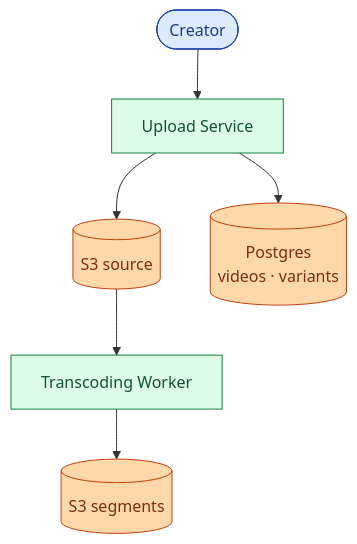
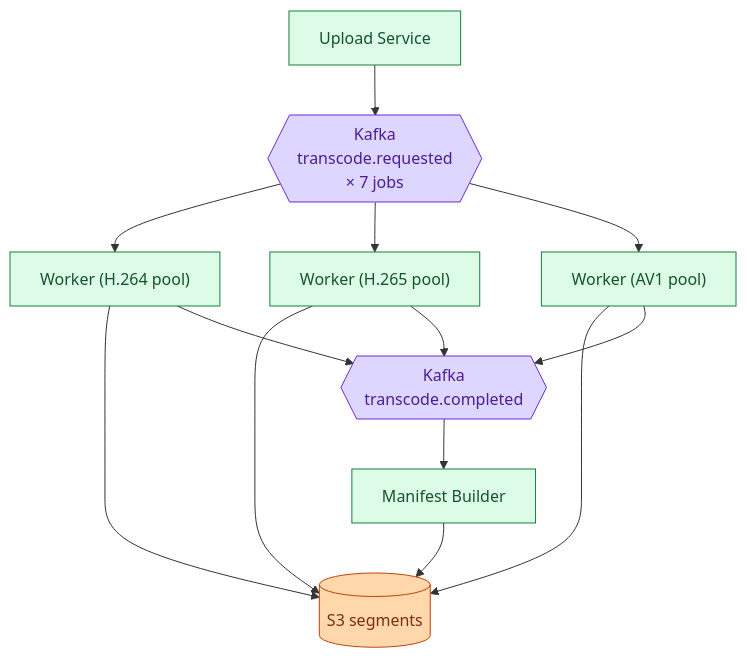
One commit to shiningflash/shiningflash.github.io changed the fourth of 16 diagrams in _practice/system-design/006-video-streaming.md. Above: the diagram before and after it, drawn with Mermaid. The commit also changed other lines of this file and 18 other files, not shown here.

````diff
--- a/_practice/system-design/006-video-streaming.md
+++ b/_practice/system-design/006-video-streaming.md
@@ -219,12 +194,19 @@
 ```mermaid
 flowchart TB
-    C([Creator]):::user --> U["Upload Service"]:::app
-    U --> S3src[("S3 source")]:::db
-    U --> DB[("Postgres<br/>videos · variants")]:::db
-    S3src --> TW["Transcoding Worker"]:::app
-    TW --> S3out[("S3 segments")]:::db
+    U["Upload Service"]:::app --> K{{"Kafka<br/>transcode.requested<br/>× 7 jobs"}}:::queue
+    K --> TW1["Worker (H.264 pool)"]:::app
+    K --> TW2["Worker (H.265 pool)"]:::app
+    K --> TW3["Worker (AV1 pool)"]:::app
+    TW1 --> S3out[("S3 segments")]:::db
+    TW2 --> S3out
+    TW3 --> S3out
+    TW1 --> K2{{"Kafka<br/>transcode.completed"}}:::queue
+    TW2 --> K2
+    TW3 --> K2
+    K2 --> MB["Manifest Builder"]:::app
+    MB --> S3out
 
-    classDef user  fill:#dbeafe,stroke:#1e40af,color:#1e3a8a
     classDef app   fill:#dcfce7,stroke:#15803d,color:#14532d
     classDef db    fill:#fed7aa,stroke:#c2410c,color:#7c2d12
+    classDef queue fill:#ddd6fe,stroke:#6d28d9,color:#4c1d95
 ```
````
